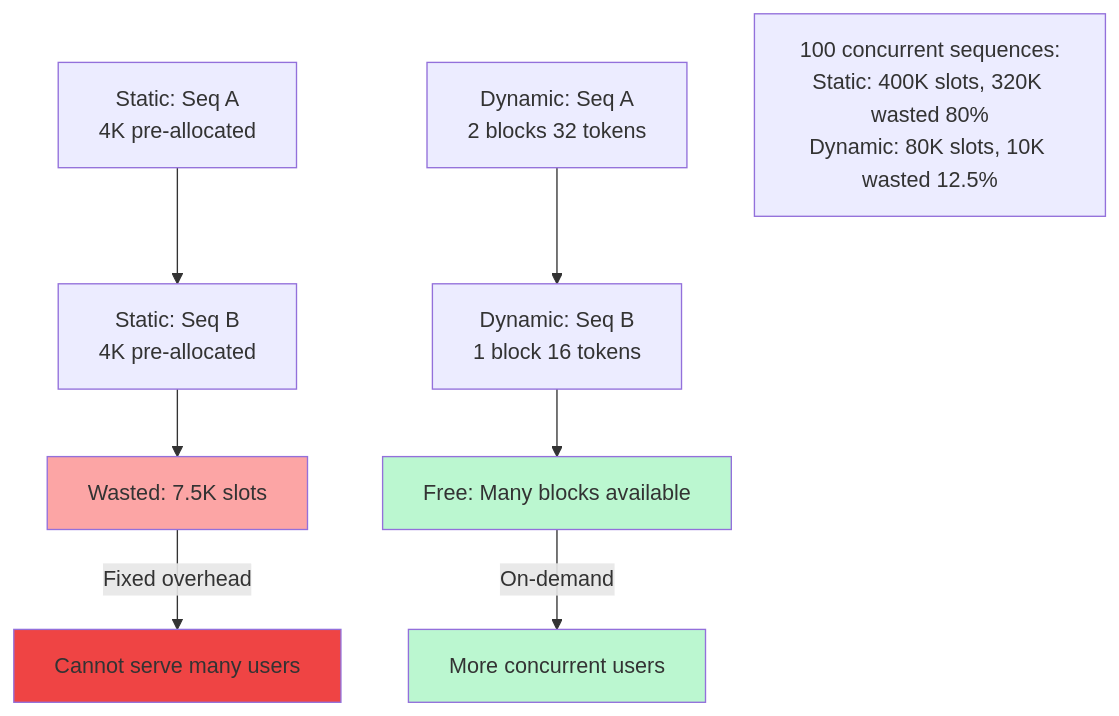
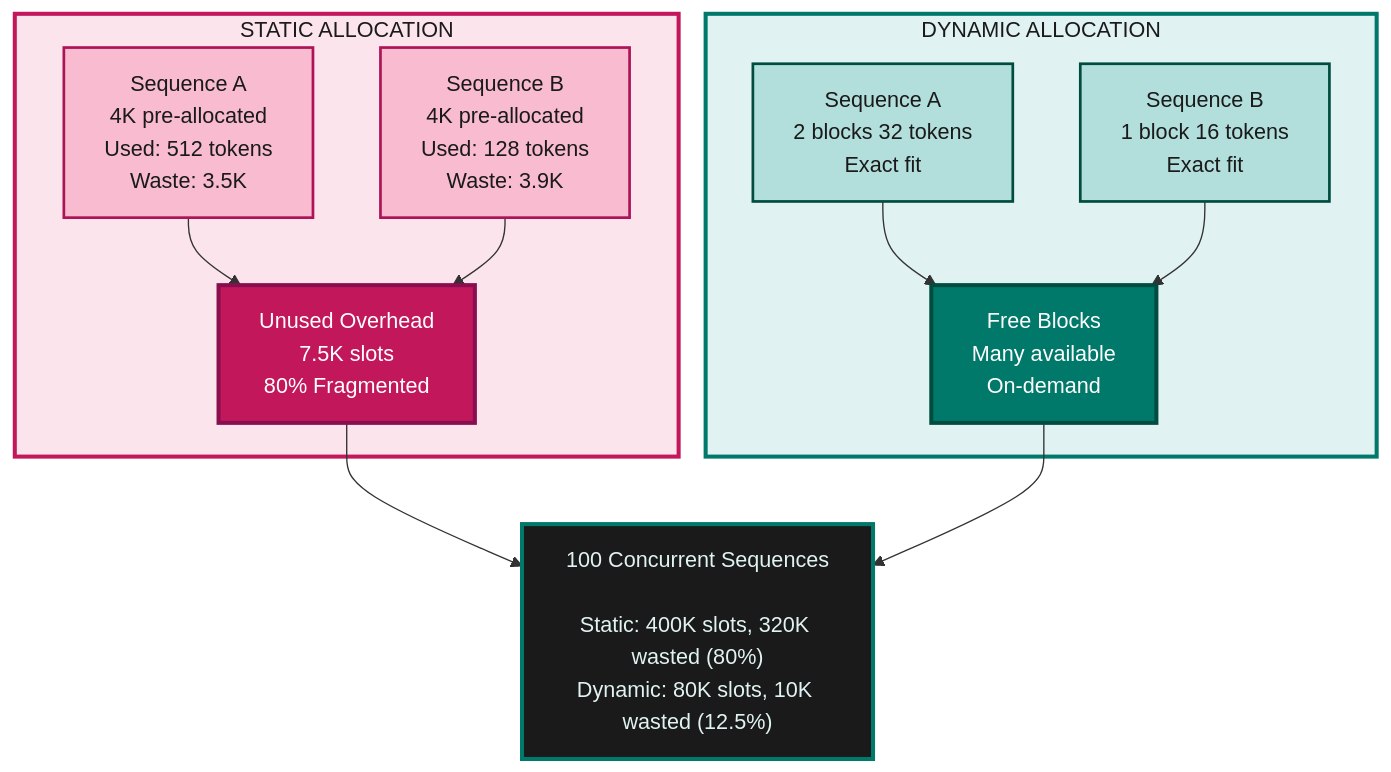
Before and after one commit to Shahriarin2garden/vllm_from_scratch: the third of 9 diagrams in lab0.3/README.md, drawn with Mermaid. The commit also changed other lines of this file, not shown here.

Commit message:
Enhance Lab 0.3 README with detailed diagrams for KV cache operations, memory fragmentation, and performance metrics

````diff
--- a/lab0.3/README.md
+++ b/lab0.3/README.md
@@ -219,18 +233,33 @@
 ```mermaid
 graph TD
-    S1[Static: Seq A<br/>4K pre-allocated] --> S2[Static: Seq B<br/>4K pre-allocated]
-    S2 --> S3[Wasted: 7.5K slots]
+    subgraph STATIC["STATIC ALLOCATION"]
+        S1["Sequence A<br/>4K pre-allocated<br/>Used: 512 tokens<br/>Waste: 3.5K"]
+        S2["Sequence B<br/>4K pre-allocated<br/>Used: 128 tokens<br/>Waste: 3.9K"]
+        S3["Unused Overhead<br/>7.5K slots<br/>80% Fragmented"]
+    end
     
-    D1[Dynamic: Seq A<br/>2 blocks 32 tokens] --> D2[Dynamic: Seq B<br/>1 block 16 tokens]
-    D2 --> D3[Free: Many blocks available]
+    subgraph DYNAMIC["DYNAMIC ALLOCATION"]
+        D1["Sequence A<br/>2 blocks 32 tokens<br/>Exact fit"]
+        D2["Sequence B<br/>1 block 16 tokens<br/>Exact fit"]
+        D3["Free Blocks<br/>Many available<br/>On-demand"]
+    end
     
-    S3 -->|Fixed overhead| Problem[Cannot serve many users]
-    D3 -->|On-demand| Solution[More concurrent users]
+    STATS["100 Concurrent Sequences<br/><br/>Static: 400K slots, 320K wasted (80%)<br/>Dynamic: 80K slots, 10K wasted (12.5%)"]
     
-    Metrics[100 concurrent sequences:<br/>Static: 400K slots, 320K wasted 80%<br/>Dynamic: 80K slots, 10K wasted 12.5%]
+    S1 --> S3
+    S2 --> S3
+    D1 --> D3
+    D2 --> D3
+    S3 --> STATS
+    D3 --> STATS
     
-    style S3 fill:#fca5a5
-    style D3 fill:#bbf7d0
-    style Problem fill:#ef4444
-    style Solution fill:#bbf7d0
+    style STATIC fill:#fce4ec,stroke:#c2185b,stroke-width:3px,color:#1a1a1a
+    style S1 fill:#f8bbd0,stroke:#ad1457,stroke-width:2px,color:#1a1a1a
+    style S2 fill:#f8bbd0,stroke:#ad1457,stroke-width:2px,color:#1a1a1a
+    style S3 fill:#c2185b,color:#ffffff,stroke:#880e4f,stroke-width:3px
+    style DYNAMIC fill:#e0f2f1,stroke:#00796b,stroke-width:3px,color:#1a1a1a
+    style D1 fill:#b2dfdb,stroke:#004d40,stroke-width:2px,color:#1a1a1a
+    style D2 fill:#b2dfdb,stroke:#004d40,stroke-width:2px,color:#1a1a1a
+    style D3 fill:#00796b,color:#ffffff,stroke:#004d40,stroke-width:3px
+    style STATS fill:#1a1a1a,color:#e0f2f1,stroke:#00796b,stroke-width:3px
 ```
````
